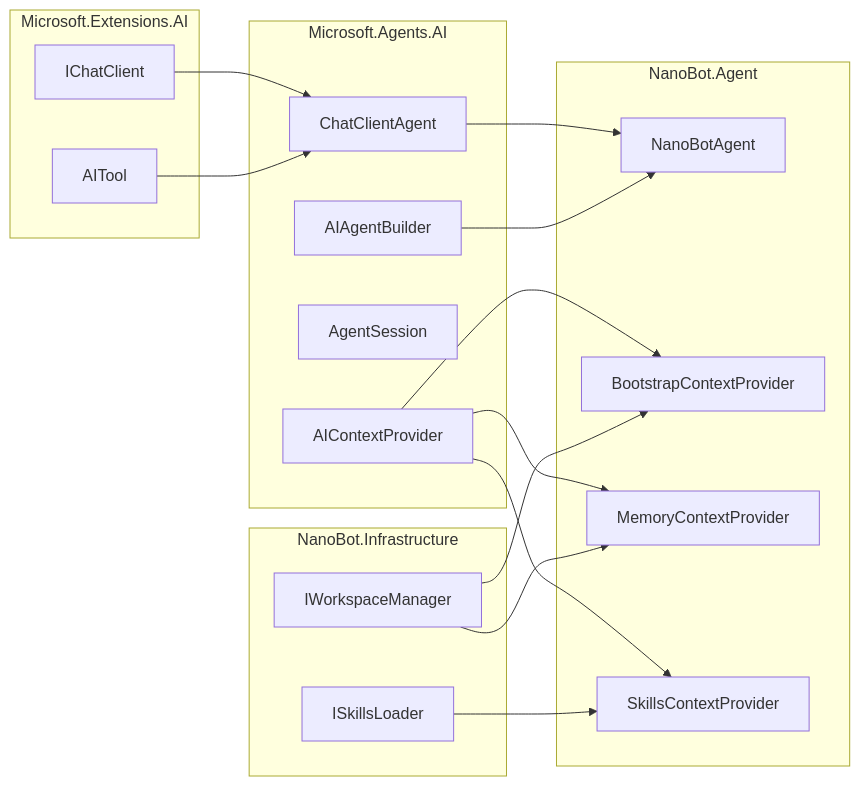
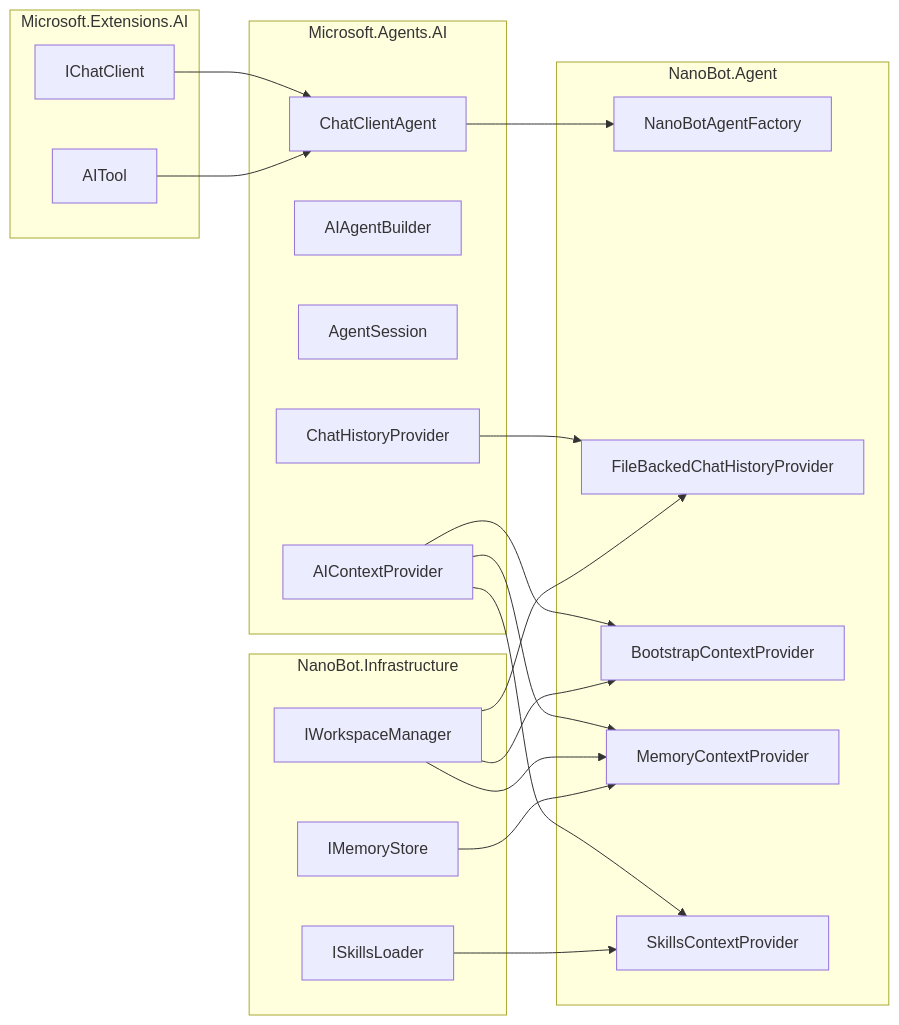
Before and after one commit to mbzcnet/NanoBot.Net: the diagram in doc.ai/solutions/Agent-Core.md, drawn with Mermaid. The commit also changed other lines of this file and 25 other files, not shown here.

````diff
--- a/doc.ai/solutions/Agent-Core.md
+++ b/doc.ai/solutions/Agent-Core.md
@@ -478,37 +583,42 @@
 ```mermaid
 graph LR
     subgraph "NanoBot.Agent"
-        NanoBotAgent[NanoBotAgent]
+        Factory[NanoBotAgentFactory]
+        FileHistoryProvider[FileBackedChatHistoryProvider]
         BootstrapProvider[BootstrapContextProvider]
         MemoryProvider[MemoryContextProvider]
         SkillsProvider[SkillsContextProvider]
     end
-    
+
     subgraph "Microsoft.Agents.AI"
         ChatClientAgent[ChatClientAgent]
         AIAgentBuilder[AIAgentBuilder]
         AgentSession[AgentSession]
+        ChatHistoryProvider[ChatHistoryProvider]
         AIContextProvider[AIContextProvider]
     end
-    
+
     subgraph "Microsoft.Extensions.AI"
         IChatClient[IChatClient]
         AITool[AITool]
     end
-    
+
     subgraph "NanoBot.Infrastructure"
         WorkspaceManager[IWorkspaceManager]
         SkillsLoader[ISkillsLoader]
+        MemoryStore[IMemoryStore]
     end
-    
+
     IChatClient --> ChatClientAgent
     AITool --> ChatClientAgent
-    ChatClientAgent --> NanoBotAgent
+    ChatClientAgent --> Factory
+    ChatHistoryProvider --> FileHistoryProvider
     AIContextProvider --> BootstrapProvider
     AIContextProvider --> MemoryProvider
     AIContextProvider --> SkillsProvider
+    WorkspaceManager --> FileHistoryProvider
     WorkspaceManager --> BootstrapProvider
     WorkspaceManager --> MemoryProvider
+    MemoryStore --> MemoryProvider
     SkillsLoader --> SkillsProvider
-    AIAgentBuilder --> NanoBotAgent
 ```
````
